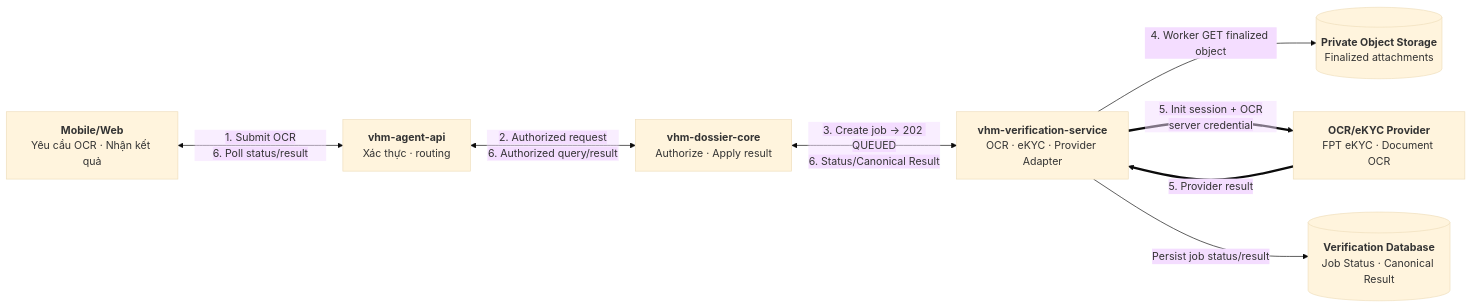
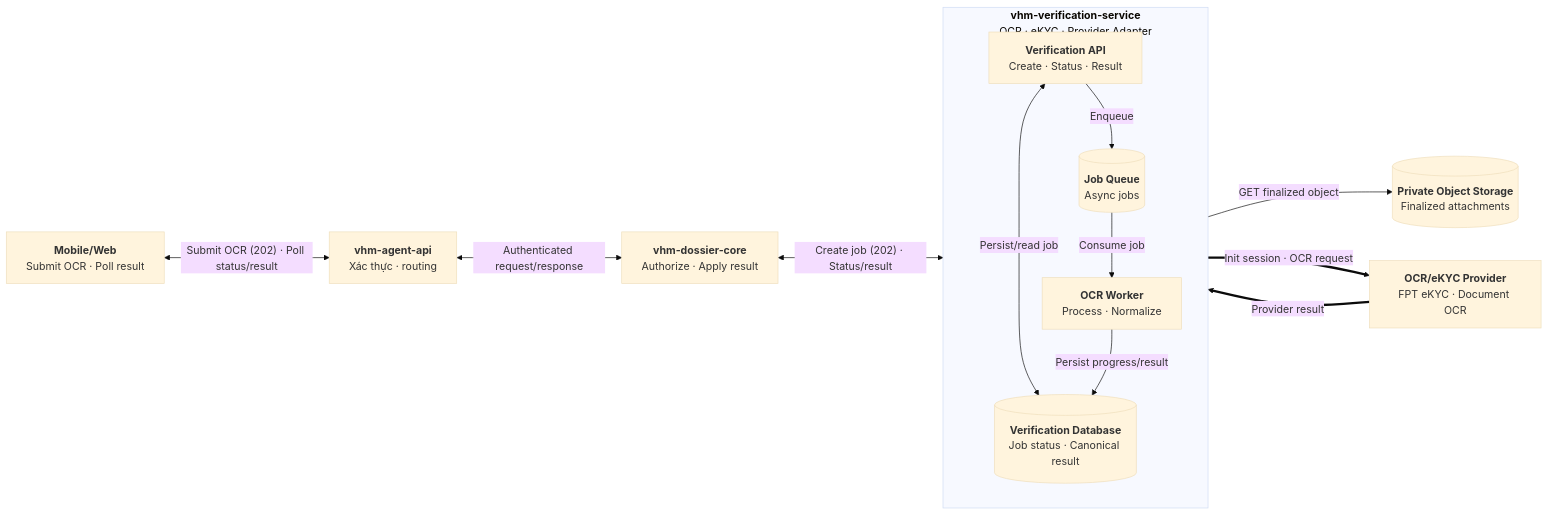
Before and after one commit to huynv-xyz/vhm: the second of 10 diagrams in noxh.md, drawn with Mermaid (base theme).

````diff
--- a/noxh.md
+++ b/noxh.md
@@ -175,29 +175,40 @@
 ```mermaid
 flowchart LR
-    AGENT["`**Mobile/Web**
-Yêu cầu OCR · Nhận kết quả`"]
+    CLIENT["`**Mobile/Web**
+Submit OCR · Poll result`"]
     BFF["`**vhm-agent-api**
 Xác thực · routing`"]
-    NOXH["`**vhm-dossier-core**
+    DOSSIER["`**vhm-dossier-core**
 Authorize · Apply result`"]
-    VERIFY["`**vhm-verification-service**
+
+    subgraph VERIFY["`**vhm-verification-service**
 OCR · eKYC · Provider Adapter`"]
+        direction TB
+        API["`**Verification API**
+Create · Status · Result`"]
+        QUEUE[("`**Job Queue**
+Async jobs`")]
+        WORKER["`**OCR Worker**
+Process · Normalize`"]
+        DB[("`**Verification Database**
+Job status · Canonical result`")]
+
+        API <-->|"Persist/read job"| DB
+        API -->|"Enqueue"| QUEUE
+        QUEUE -->|"Consume job"| WORKER
+        WORKER -->|"Persist progress/result"| DB
+    end
+
     MEDIA[("`**Private Object Storage**
 Finalized attachments`")]
     PROVIDER["`**OCR/eKYC Provider**
 FPT eKYC · Document OCR`"]
-    DB[("`**Verification Database**
-Job Status · Canonical Result`")]
 
-    AGENT <-->|"`1. Submit OCR
-6. Poll status/result`"| BFF
-    BFF <-->|"`2. Authorized request
-6. Authorized query/result`"| NOXH
-    NOXH <-->|"`3. Create job → 202 QUEUED
-6. Status/Canonical Result`"| VERIFY
-    VERIFY -->|"4. Worker GET finalized object"| MEDIA
-    VERIFY ==>|"`5. Init session + OCR
-server credential`"| PROVIDER
-    PROVIDER ==>|"5. Provider result"| VERIFY
-    VERIFY -->|"Persist job status/result"| DB
+    CLIENT <-->|"Submit OCR (202) · Poll status/result"| BFF
+    BFF <-->|"Authenticated request/response"| DOSSIER
+    DOSSIER <-->|"Create job (202) · Status/result"| API
+
+    WORKER -->|"GET finalized object"| MEDIA
+    WORKER ==>|"Init session · OCR request"| PROVIDER
+    PROVIDER ==>|"Provider result"| WORKER
 ```
````
